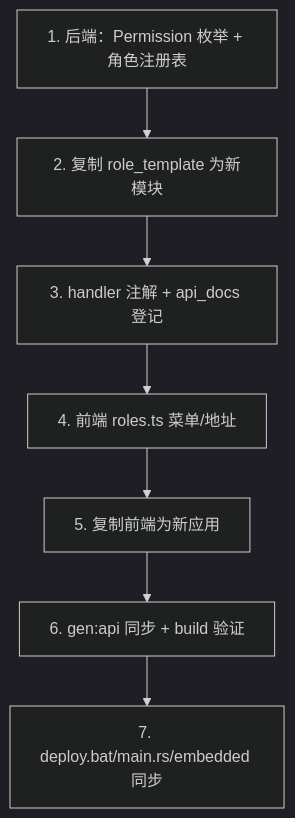
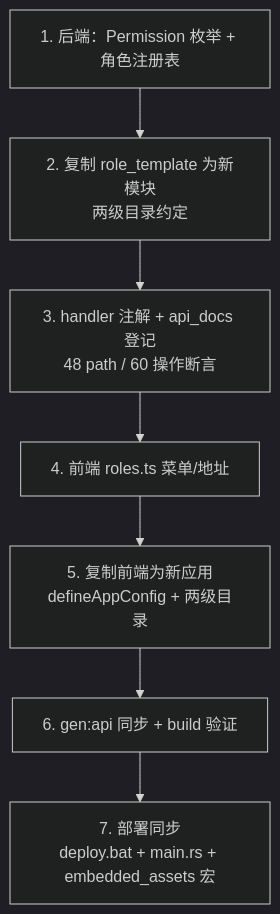
One commit to 3123958139/RustWeb-Vue changed the second of 3 diagrams in docs/tutorial/08-扩展与二次开发.md. Above: the diagram before and after it, drawn with Mermaid (dark theme). The commit also changed other lines of this file and 8 other files, not shown here.

````diff
--- a/docs/tutorial/08-扩展与二次开发.md
+++ b/docs/tutorial/08-扩展与二次开发.md
@@ -26,9 +53,9 @@
 ```mermaid
 flowchart TD
-    S1[1. 后端：Permission 枚举 + 角色注册表] --> S2[2. 复制 role_template 为新模块]
-    S2 --> S3[3. handler 注解 + api_docs 登记]
+    S1[1. 后端：Permission 枚举 + 角色注册表] --> S2[2. 复制 role_template 为新模块<br/>两级目录约定]
+    S2 --> S3[3. handler 注解 + api_docs 登记<br/>48 path / 60 操作断言]
     S3 --> S4[4. 前端 roles.ts 菜单/地址]
-    S4 --> S5[5. 复制前端为新应用]
+    S4 --> S5[5. 复制前端为新应用<br/>defineAppConfig + 两级目录]
     S5 --> S6[6. gen:api 同步 + build 验证]
-    S6 --> S7[7. deploy.bat/main.rs/embedded 同步]
+    S6 --> S7[7. 部署同步<br/>deploy.bat + main.rs + embedded_assets 宏]
 ```
````
